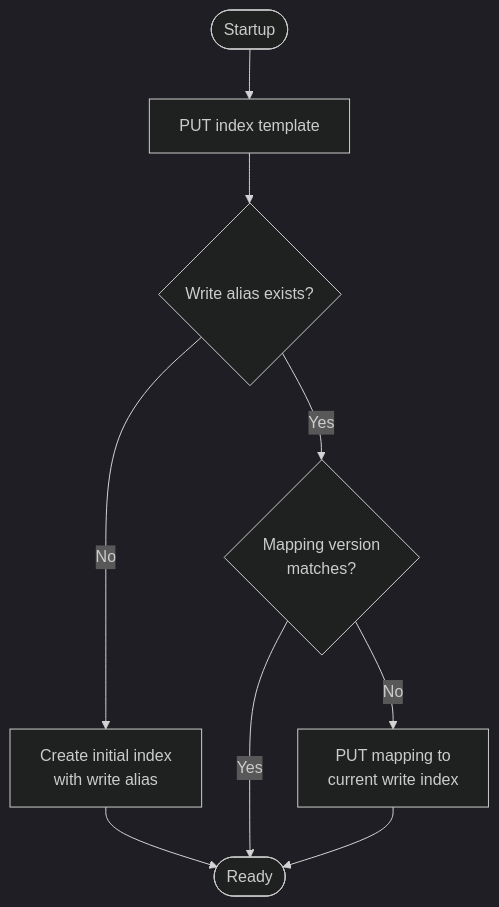
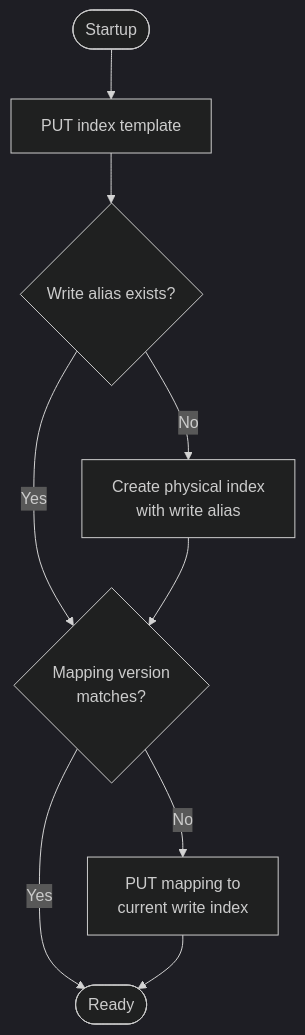
The third of 3 diagrams in docs/architecture.md (jeap-admin-ch/jeap-opensearch-index-writer-service), drawn with Mermaid (dark theme) before and after one commit. The commit also changed other lines of this file and 1 other file, not shown here.

````diff
--- a/docs/architecture.md
+++ b/docs/architecture.md
@@ -114,11 +101,11 @@
 ```mermaid
 flowchart TD
     Start([Startup]) --> Template[PUT index template]
     Template --> AliasExists{Write alias exists?}
-    AliasExists -->|No| CreateIndex[Create initial index\nwith write alias]
+    AliasExists -->|No| CreateIndex[Create physical index\nwith write alias]
     AliasExists -->|Yes| CheckVersion{Mapping version\nmatches?}
+    CreateIndex --> CheckVersion
     CheckVersion -->|Yes| Done([Ready])
     CheckVersion -->|No| UpdateMapping[PUT mapping to\ncurrent write index]
-    CreateIndex --> Done
     UpdateMapping --> Done
 ```
````
